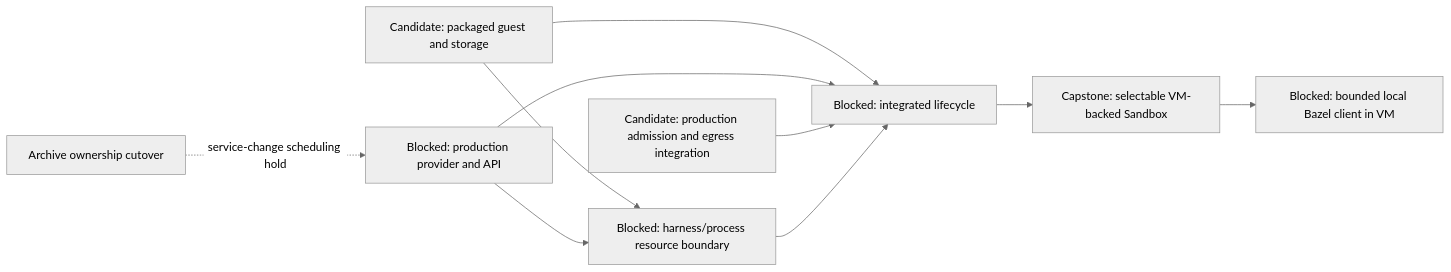
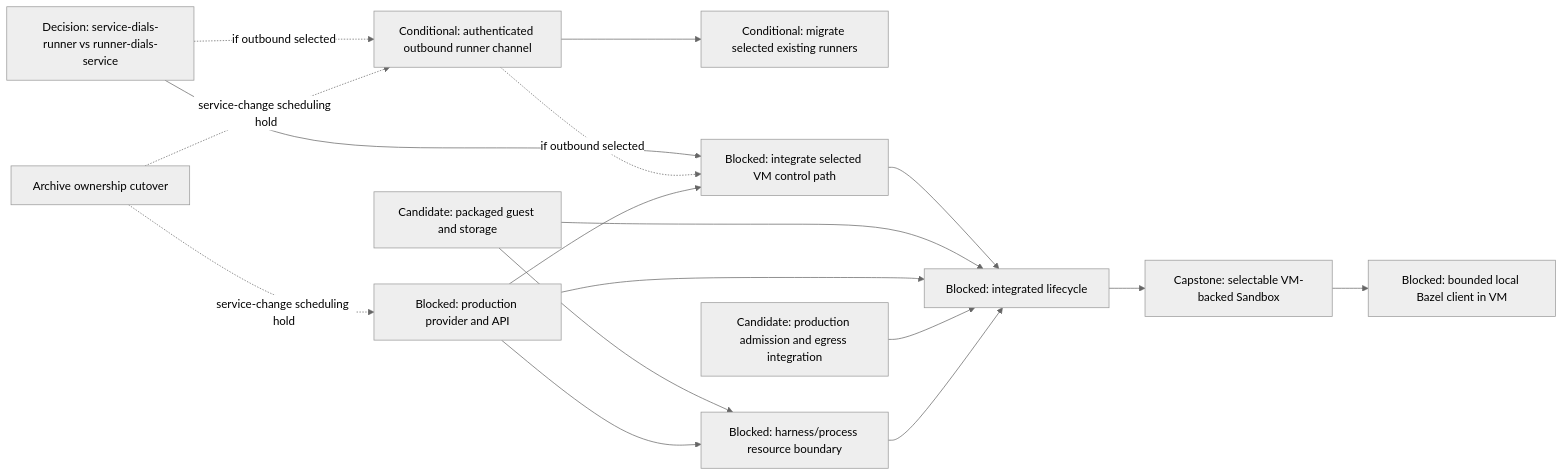
One commit to agentydragon-agent/ducktape changed the sixth of 7 diagrams in agentplane/plans/task_dag.md. Above: the diagram before and after it, drawn with Mermaid (neutral theme). The commit also changed other lines of this file and 6 other files, not shown here.

Commit message:
docs(agentplane): add transport and notification authority decision gates

````diff
--- a/agentplane/plans/task_dag.md
+++ b/agentplane/plans/task_dag.md
@@ -349,17 +443,28 @@
 ```mermaid
 flowchart LR
+    RUNNER_TRANSPORT_DESIGN[Decision: service-dials-runner vs runner-dials-service]
+    RUNNER_OUTBOUND_CHANNEL[Conditional: authenticated outbound runner channel]
+    RUNNER_OUTBOUND_ROLLOUT[Conditional: migrate selected existing runners]
+    VM_CONTROL_NETWORKING[Blocked: integrate selected VM control path]
     VM_IMAGE[Candidate: packaged guest and storage]
     VM_PROVIDER[Blocked: production provider and API]
     VM_EGRESS[Candidate: production admission and egress integration]
     VM_PROCESS_ISOLATION[Blocked: harness/process resource boundary]
     VM_LIFECYCLE[Blocked: integrated lifecycle]
     THREAD_ARCHIVE_OWNERSHIP[Archive ownership cutover] -. service-change scheduling hold .-> VM_PROVIDER
+    RUNNER_TRANSPORT_DESIGN -. if outbound selected .-> RUNNER_OUTBOUND_CHANNEL
+    THREAD_ARCHIVE_OWNERSHIP -. service-change scheduling hold .-> RUNNER_OUTBOUND_CHANNEL
+    RUNNER_TRANSPORT_DESIGN --> VM_CONTROL_NETWORKING
+    RUNNER_OUTBOUND_CHANNEL -. if outbound selected .-> VM_CONTROL_NETWORKING
+    RUNNER_OUTBOUND_CHANNEL --> RUNNER_OUTBOUND_ROLLOUT
+    VM_PROVIDER --> VM_CONTROL_NETWORKING
+    VM_CONTROL_NETWORKING --> VM_LIFECYCLE
     VM_IMAGE --> VM_PROCESS_ISOLATION
     VM_PROVIDER --> VM_PROCESS_ISOLATION
     VM_IMAGE --> VM_LIFECYCLE
     VM_PROVIDER --> VM_LIFECYCLE
     VM_EGRESS --> VM_LIFECYCLE
     VM_PROCESS_ISOLATION --> VM_LIFECYCLE
     VM_LIFECYCLE --> SANDBOX_VM_ISOLATION[Capstone: selectable VM-backed Sandbox]
     SANDBOX_VM_ISOLATION --> LOCAL_BAZEL[Blocked: bounded local Bazel client in VM]
 ```
````
